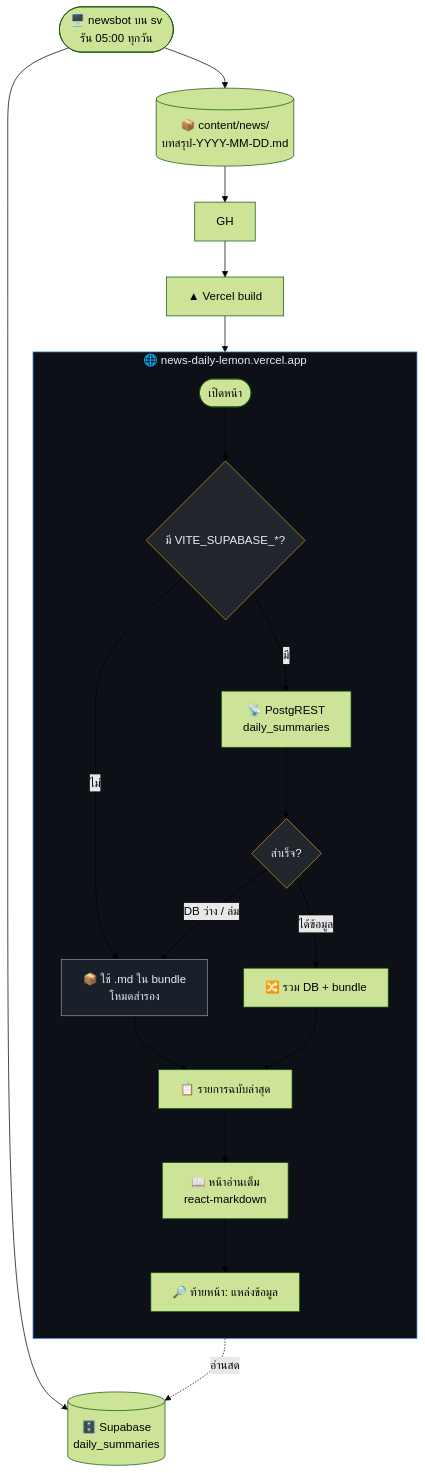
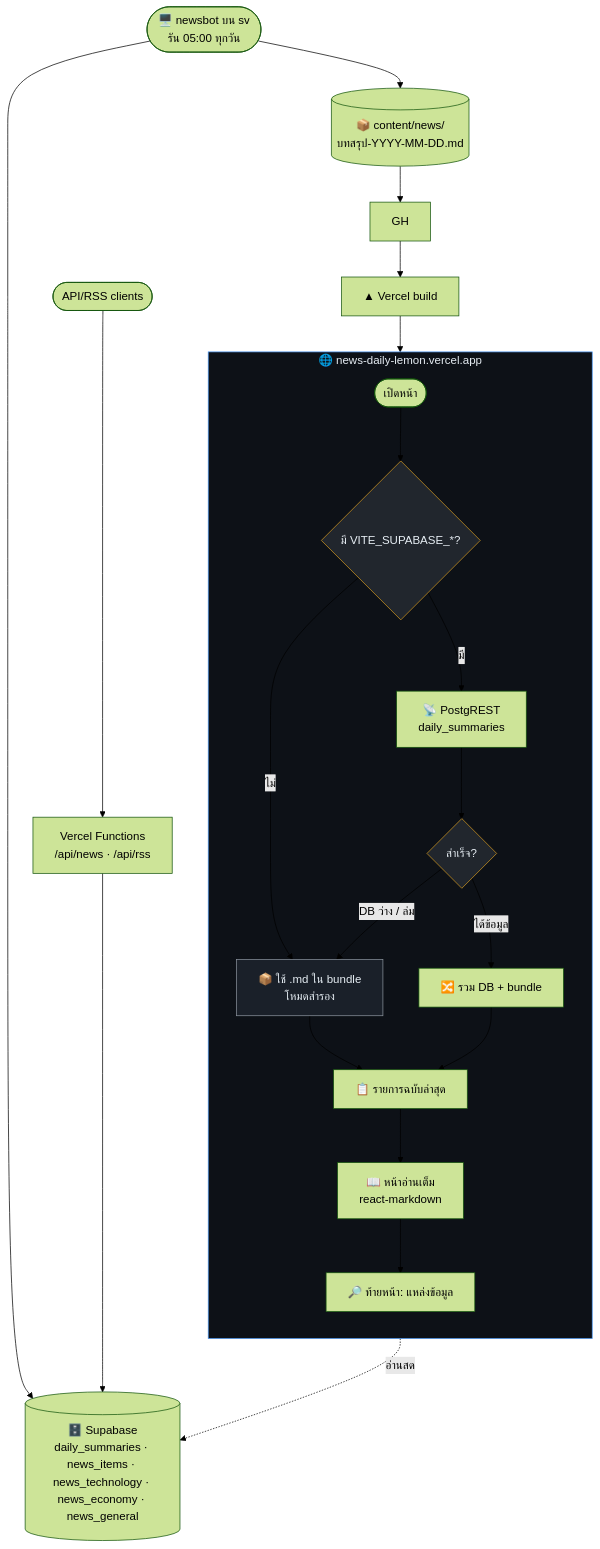
The first of 2 diagrams in README.md (GridsDev/news-daily), drawn with Mermaid (forest theme) before and after one commit. The commit also changed other lines of this file and 9 other files, not shown here.

Commit message:
Add PostgreSQL-backed news API and RSS

````diff
--- a/README.md
+++ b/README.md
@@ -13,27 +13,28 @@
 ```mermaid
 flowchart TD
-    BOT(["🖥️ newsbot บน sv<br/>รัน 05:00 ทุกวัน"]) --> DB[("🗄️ Supabase<br/>daily_summaries")]
+    BOT(["🖥️ newsbot บน sv<br/>รัน 05:00 ทุกวัน"]) --> DB[("🗄️ Supabase<br/>daily_summaries · news_items · news_technology · news_economy · news_general")]
     BOT --> MD[("📦 content/news/<br/>บทสรุป-YYYY-MM-DD.md")]
     MD --> GH --> V["▲ Vercel build"] --> SITE
 
     subgraph SITE["🌐 news-daily-lemon.vercel.app"]
         direction TB
         LOAD(["เปิดหน้า"]) --> CFG{"มี VITE_SUPABASE_*?"}
         CFG -- "ไม่" --> BUNDLE["📦 ใช้ .md ใน bundle<br/>โหมดสำรอง"]
-        CFG -- "มี" --> API["📡 PostgREST<br/>daily_summaries"]
-        API --> Q{"สำเร็จ?"}
+        CFG -- "มี" --> REST["📡 PostgREST<br/>daily_summaries"]
+        REST --> Q{"สำเร็จ?"}
         Q -- "DB ว่าง / ล่ม" --> BUNDLE
         Q -- "ได้ข้อมูล" --> MERGE["🔀 รวม DB + bundle"]
         BUNDLE --> LIST["📋 รายการฉบับล่าสุด"]
         MERGE --> LIST
         LIST --> DETAIL["📖 หน้าอ่านเต็ม<br/>react-markdown"]
         DETAIL --> FOOT["🔎 ท้ายหน้า: แหล่งข้อมูล"]
     end
 
+    CLIENTS(["API/RSS clients"]) --> FUNCTIONS["Vercel Functions<br/>/api/news · /api/rss"] --> DB
     SITE -.->|"อ่านสด"| DB
 
     style SITE fill:#0d1117,stroke:#4f9cf9,color:#e6edf3
     style BUNDLE fill:#1a2029,stroke:#8b949e,color:#e6edf3
     style CFG fill:#21262d,stroke:#d29922,color:#e6edf3
     style Q fill:#21262d,stroke:#d29922,color:#e6edf3
 ```
````
